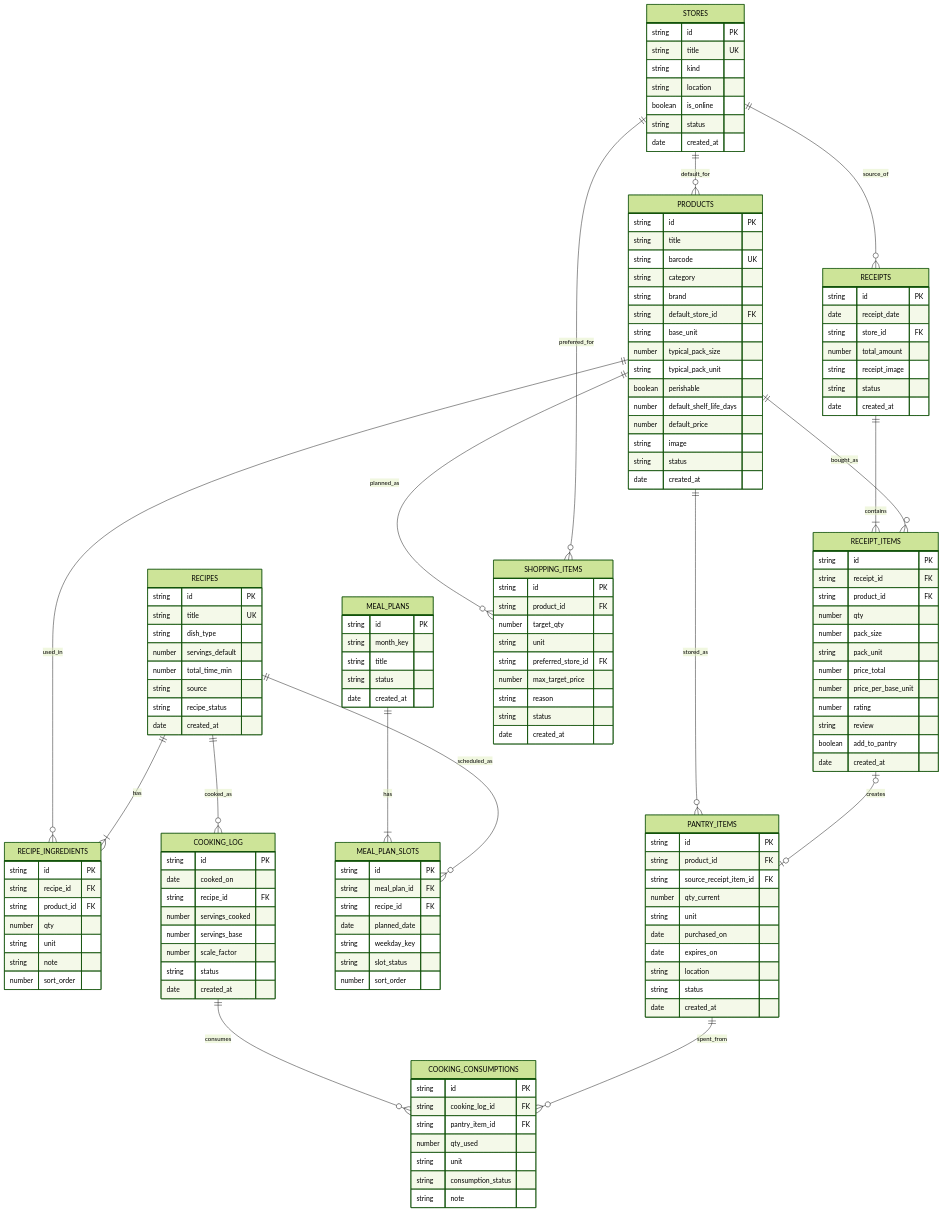
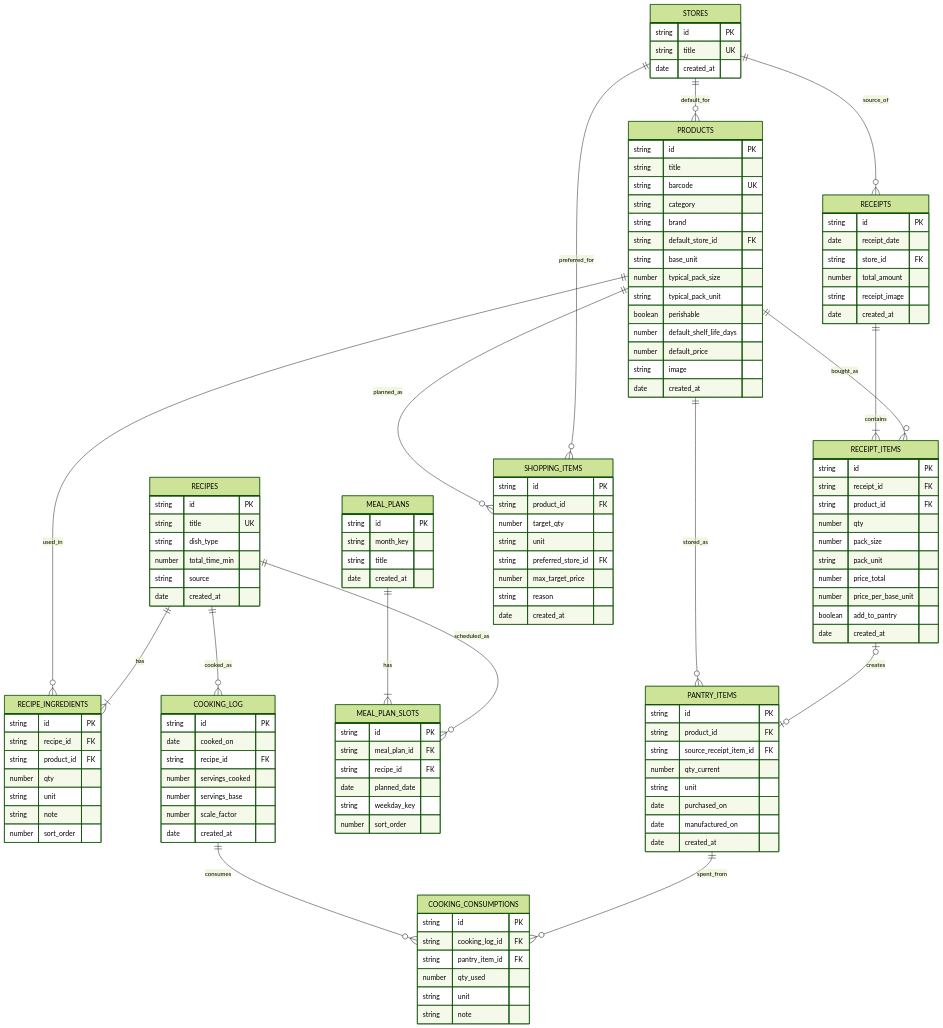
One commit to smeryse/Knowledge-Base changed the diagram in Projects/Еда/Docs/Schema.md. Above: the diagram before and after it, drawn with Mermaid (forest theme). The commit also changed other lines of this file and 6 other files, not shown here.

```diff
--- a/Projects/Еда/Docs/Schema.md
+++ b/Projects/Еда/Docs/Schema.md
@@ -69,17 +69,12 @@
         number default_shelf_life_days
         number default_price
         string image
-        string status
         date created_at
     }
 
     STORES {
         string id PK
         string title UK
-        string kind
-        string location
-        boolean is_online
-        string status
         date created_at
     }
 
@@ -87,10 +82,8 @@
         string id PK
         string title UK
         string dish_type
-        number servings_default
         number total_time_min
         string source
-        string recipe_status
         date created_at
     }
 
@@ -110,7 +103,6 @@
         string store_id FK
         number total_amount
         string receipt_image
-        string status
         date created_at
     }
 
@@ -123,8 +115,6 @@
         string pack_unit
         number price_total
         number price_per_base_unit
-        number rating
-        string review
         boolean add_to_pantry
         date created_at
     }
@@ -136,9 +126,7 @@
         number qty_current
         string unit
         date purchased_on
-        date expires_on
-        string location
-        string status
+        date manufactured_on
         date created_at
     }
 
@@ -146,7 +134,6 @@
         string id PK
         string month_key
         string title
-        string status
         date created_at
     }
 
@@ -156,7 +143,6 @@
         string recipe_id FK
         date planned_date
         string weekday_key
-        string slot_status
         number sort_order
     }
 
@@ -167,7 +153,6 @@
         number servings_cooked
         number servings_base
         number scale_factor
-        string status
         date created_at
     }
 
@@ -177,7 +162,6 @@
         string pantry_item_id FK
         number qty_used
         string unit
-        string consumption_status
         string note
     }
 
@@ -189,7 +173,6 @@
         string preferred_store_id FK
         number max_target_price
         string reason
-        string status
         date created_at
     }
 
```
